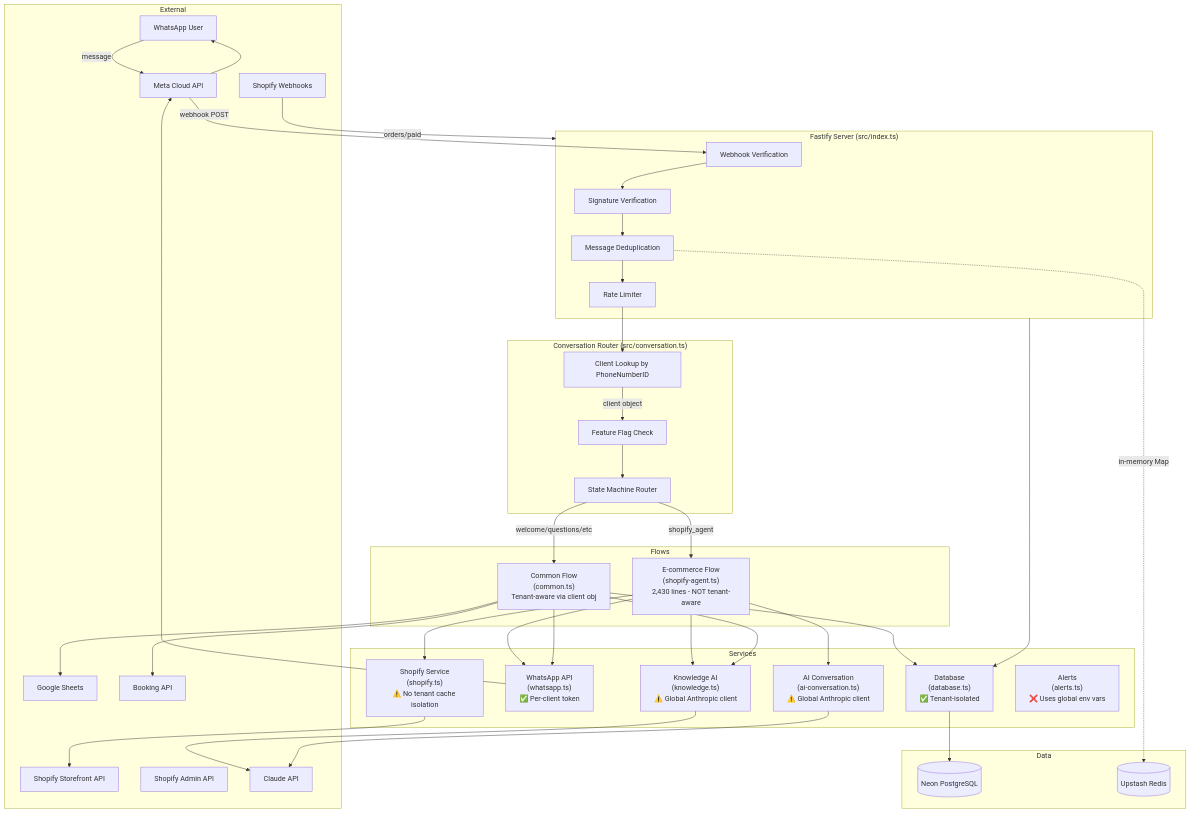
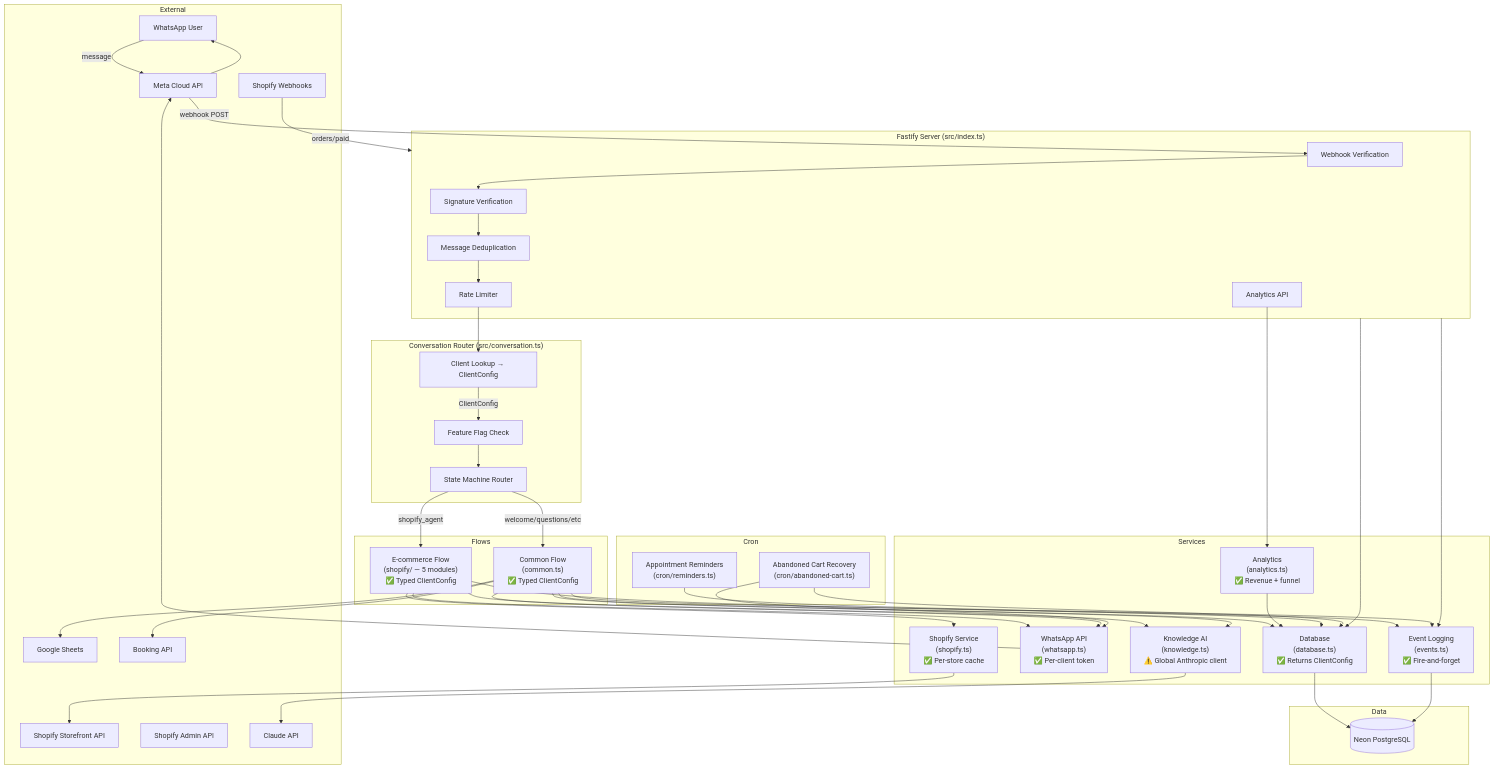
One commit to hasanalsenanaaa-Agnecy/whatsapp-ai-saas changed the diagram in AUDIT_REPORT.md. Above: the diagram before and after it, drawn with Mermaid. The commit also changed other lines of this file and 7 other files, not shown here.

First line of the commit message:
feat: per-client AI system prompts + docs cleanup

````diff
--- a/AUDIT_REPORT.md
+++ b/AUDIT_REPORT.md
@@ -51,38 +59,43 @@
         DEDUP[Message Deduplication]
         RATE[Rate Limiter]
         SIG[Signature Verification]
+        ANALYTICS_API[Analytics API]
     end
 
     subgraph Router["Conversation Router (src/conversation.ts)"]
-        LOOKUP[Client Lookup by PhoneNumberID]
+        LOOKUP[Client Lookup → ClientConfig]
         FEATURES[Feature Flag Check]
         STATE[State Machine Router]
     end
 
     subgraph Flows
-        ECOM["E-commerce Flow\n(shopify-agent.ts)\n2,430 lines - NOT tenant-aware"]
-        COMMON["Common Flow\n(common.ts)\nTenant-aware via client obj"]
+        ECOM["E-commerce Flow\n(shopify/ — 5 modules)\n✅ Typed ClientConfig"]
+        COMMON["Common Flow\n(common.ts)\n✅ Typed ClientConfig"]
     end
 
     subgraph Services
-        DB["Database\n(database.ts)\n✅ Tenant-isolated"]
+        DB["Database\n(database.ts)\n✅ Returns ClientConfig"]
         WHATSAPP["WhatsApp API\n(whatsapp.ts)\n✅ Per-client token"]
-        SHOPIFY_SVC["Shopify Service\n(shopify.ts)\n⚠️ No tenant cache isolation"]
+        SHOPIFY_SVC["Shopify Service\n(shopify.ts)\n✅ Per-store cache"]
         KNOWLEDGE["Knowledge AI\n(knowledge.ts)\n⚠️ Global Anthropic client"]
-        AI_CONV["AI Conversation\n(ai-conversation.ts)\n⚠️ Global Anthropic client"]
-        ALERTS["Alerts\n(alerts.ts)\n❌ Uses global env vars"]
+        EVENTS["Event Logging\n(events.ts)\n✅ Fire-and-forget"]
+        ANALYTICS_SVC["Analytics\n(analytics.ts)\n✅ Revenue + funnel"]
+    end
+
+    subgraph Cron
+        REMINDERS["Appointment Reminders\n(cron/reminders.ts)"]
+        CART_RECOVERY["Abandoned Cart Recovery\n(cron/abandoned-cart.ts)"]
     end
 
     subgraph Data
         NEON[(Neon PostgreSQL)]
-        REDIS[(Upstash Redis)]
     end
 
     WA -->|message| META
     META -->|webhook POST| VERIFY
     VERIFY --> SIG --> DEDUP --> RATE
     RATE --> LOOKUP
-    LOOKUP -->|client object| FEATURES
+    LOOKUP -->|ClientConfig| FEATURES
     FEATURES --> STATE
 
     STATE -->|shopify_agent| ECOM
@@ -91,20 +104,27 @@
     ECOM --> SHOPIFY_SVC --> SHOPIFY_API
     ECOM --> WHATSAPP --> META --> WA
     ECOM --> KNOWLEDGE
-    ECOM --> AI_CONV
+    ECOM --> EVENTS
 
     COMMON --> WHATSAPP
     COMMON --> KNOWLEDGE
     COMMON --> DB
+    COMMON --> EVENTS
 
     SHOPIFY_WH -->|orders/paid| Server
     Server --> DB
+    Server --> EVENTS
 
     KNOWLEDGE --> CLAUDE
-    AI_CONV --> CLAUDE
     COMMON --> GSHEETS
     COMMON --> BOOKING
 
+    ANALYTICS_API --> ANALYTICS_SVC --> DB
+
+    REMINDERS --> DB
+    CART_RECOVERY --> DB
+    CART_RECOVERY --> WHATSAPP
+
     DB --> NEON
-    DEDUP -.->|in-memory Map| REDIS
+    EVENTS --> NEON
 ```
````
